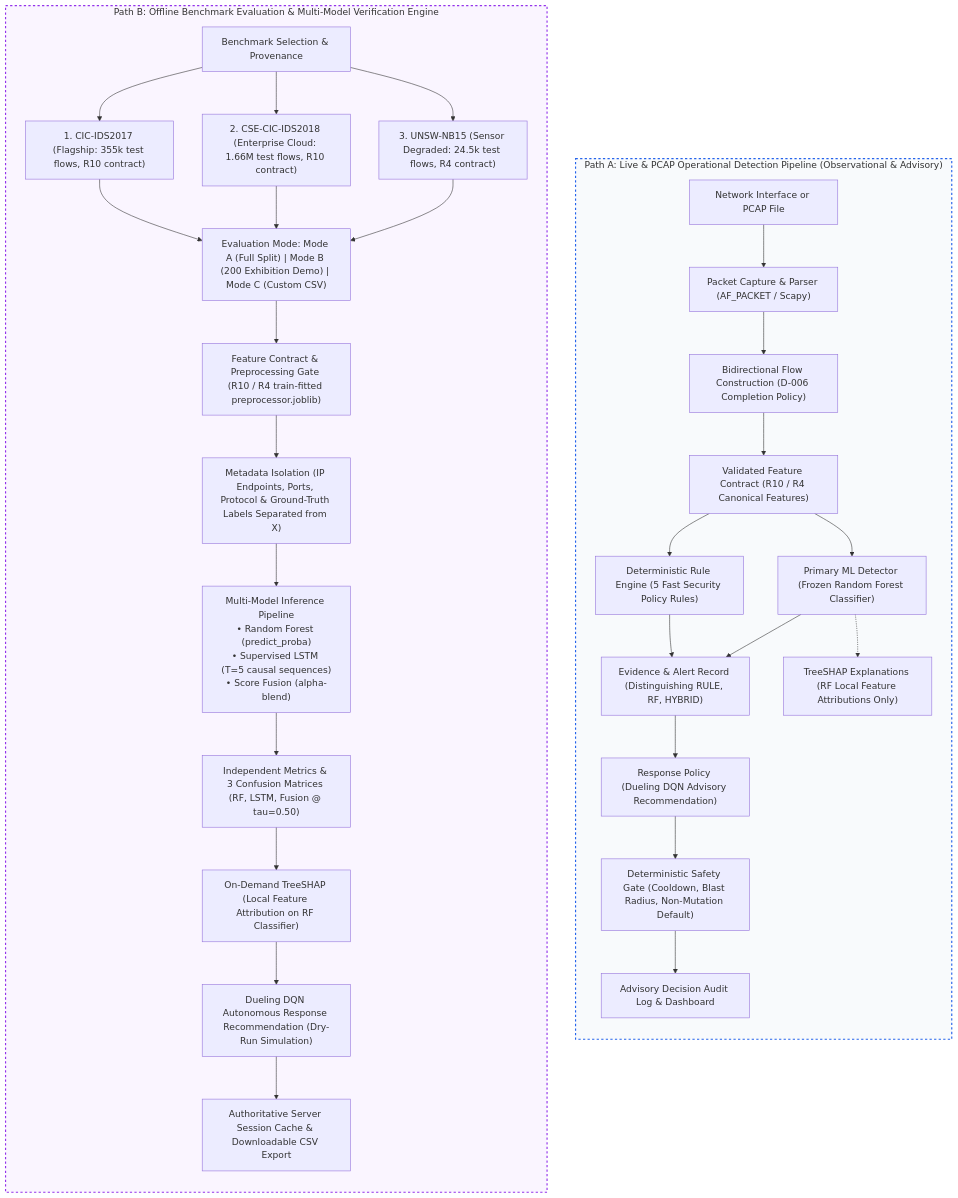
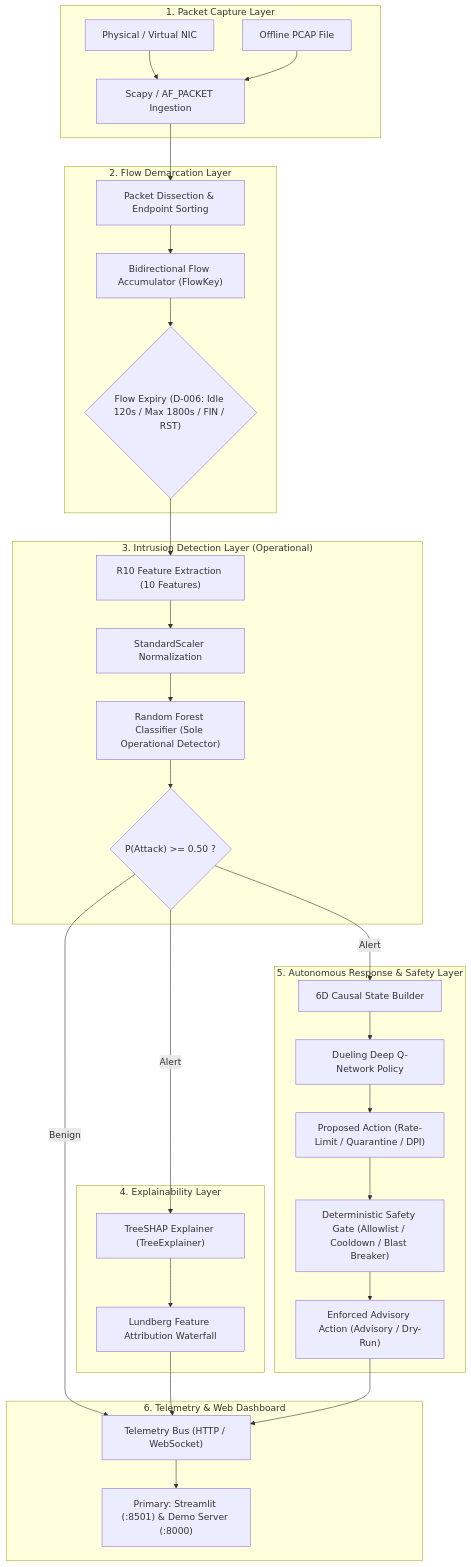
One commit to rishikeshgowdakk/fyp-xrlids changed the diagram in README.md. Above: the diagram before and after it, drawn with Mermaid. The commit also changed other lines of this file and 71 other files, not shown here.

````diff
--- a/README.md
+++ b/README.md
@@ -36,35 +59,40 @@
 ```mermaid
 flowchart TD
-    subgraph LIVE["Path A: Live & PCAP Operational Detection Pipeline (Observational & Advisory)"]
-        direction TB
-        A1["Network Interface or PCAP File"] --> A2["Packet Capture & Parser (AF_PACKET / Scapy)"]
-        A2 --> A3["Bidirectional Flow Construction (D-006 Completion Policy)"]
-        A3 --> A4["Validated Feature Contract (R10 / R4 Canonical Features)"]
-        A4 --> A5["Deterministic Rule Engine (5 Fast Security Policy Rules)"]
-        A4 --> A6["Primary ML Detector (Frozen Random Forest Classifier)"]
-        A5 --> A7["Evidence & Alert Record (Distinguishing RULE, RF, HYBRID)"]
-        A6 --> A7
-        A6 -.-> A8["TreeSHAP Explanations (RF Local Feature Attributions Only)"]
-        A7 --> A9["Response Policy (Dueling DQN Advisory Recommendation)"]
-        A9 --> A10["Deterministic Safety Gate (Cooldown, Blast Radius, Non-Mutation Default)"]
-        A10 --> A11["Advisory Decision Audit Log & Dashboard"]
+    subgraph INGESTION["1. Packet Capture Layer"]
+        NIC["Physical / Virtual NIC"] --> CAP["Scapy / AF_PACKET Ingestion"]
+        PCAP["Offline PCAP File"] --> CAP
     end
 
-    subgraph CSV["Path B: Offline Benchmark Evaluation & Multi-Model Verification Engine"]
-        direction TB
-        B0["Benchmark Selection & Provenance"] --> D1["1. CIC-IDS2017 (Flagship: 355k test flows, R10 contract)"]
-        B0 --> D2["2. CSE-CIC-IDS2018 (Enterprise Cloud: 1.66M test flows, R10 contract)"]
-        B0 --> D3["3. UNSW-NB15 (Sensor Degraded: 24.5k test flows, R4 contract)"]
-        D1 & D2 & D3 --> B1["Evaluation Mode: Mode A (Full Split) | Mode B (200 Exhibition Demo) | Mode C (Custom CSV)"]
-        B1 --> B2["Feature Contract & Preprocessing Gate (R10 / R4 train-fitted preprocessor.joblib)"]
-        B2 --> B3["Metadata Isolation (IP Endpoints, Ports, Protocol & Ground-Truth Labels Separated from X)"]
-        B3 --> B4["Multi-Model Inference Pipeline\n• Random Forest (predict_proba)\n• Supervised LSTM (T=5 causal sequences)\n• Score Fusion (alpha-blend)"]
-        B4 --> B5["Independent Metrics & 3 Confusion Matrices (RF, LSTM, Fusion @ tau=0.50)"]
-        B5 --> B6["On-Demand TreeSHAP (Local Feature Attribution on RF Classifier)"]
-        B6 --> B7["Dueling DQN Autonomous Response Recommendation (Dry-Run Simulation)"]
-        B7 --> B8["Authoritative Server Session Cache & Downloadable CSV Export"]
+    subgraph FLOW["2. Flow Demarcation Layer"]
+        CAP --> DISSECT["Packet Dissection & Endpoint Sorting"]
+        DISSECT --> TABLE["Bidirectional Flow Accumulator (FlowKey)"]
+        TABLE --> TIMEOUT{"Flow Expiry (D-006: Idle 120s / Max 1800s / FIN / RST)"}
     end
 
-    style LIVE fill:#f8fafc,stroke:#2563eb,stroke-width:2px,stroke-dasharray: 4 4
-    style CSV fill:#faf5ff,stroke:#9333ea,stroke-width:2px,stroke-dasharray: 4 4
+    subgraph ML_DETECT["3. Intrusion Detection Layer (Operational)"]
+        TIMEOUT --> EXTRACT["R10 Feature Extraction (10 Features)"]
+        EXTRACT --> SCALER["StandardScaler Normalization"]
+        SCALER --> RF["Random Forest Classifier (Sole Operational Detector)"]
+        RF --> DECIDE{"P(Attack) >= 0.50 ?"}
+    end
+
+    subgraph EXPLAIN["4. Explainability Layer"]
+        DECIDE -->|Alert| SHAP["TreeSHAP Explainer (TreeExplainer)"]
+        SHAP --> WATERFALL["Lundberg Feature Attribution Waterfall"]
+    end
+
+    subgraph SAFETY_RL["5. Autonomous Response & Safety Layer"]
+        DECIDE -->|Alert| STATE["6D Causal State Builder"]
+        STATE --> DQN["Dueling Deep Q-Network Policy"]
+        DQN --> PROPOSE["Proposed Action (Rate-Limit / Quarantine / DPI)"]
+        PROPOSE --> GATE["Deterministic Safety Gate (Allowlist / Cooldown / Blast Breaker)"]
+        GATE --> ENFORCE["Enforced Advisory Action (Advisory / Dry-Run)"]
+    end
+
+    subgraph UI["6. Telemetry & Web Dashboard"]
+        DECIDE -->|Benign| TELEM["Telemetry Bus (HTTP / WebSocket)"]
+        WATERFALL --> TELEM
+        ENFORCE --> TELEM
+        TELEM --> WEB["Primary: Streamlit (:8501) & Demo Server (:8000)"]
+    end
 ```
````
